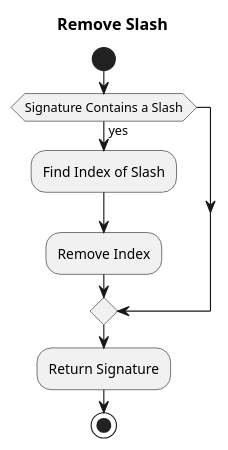
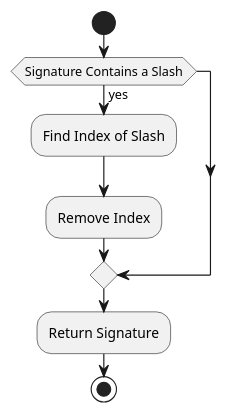
The diagram in src/main/javadoc/edu/gatech/gtri/obm/translator/alloy/doc-files/AlloyUtils_removeSlash.puml (ontological-behavior-modeling/tester), drawn with PlantUML before and after one commit. The commit also changed 14 other files, not shown here.

```diff
--- a/src/main/javadoc/edu/gatech/gtri/obm/translator/alloy/doc-files/AlloyUtils_removeSlash.puml
+++ b/src/main/javadoc/edu/gatech/gtri/obm/translator/alloy/doc-files/AlloyUtils_removeSlash.puml
@@ -1,10 +1,9 @@
 @startuml
-title Remove Slash
 start
 if (Signature Contains a Slash) then (yes)
   :Find Index of Slash;
   :Remove Index;
 endif
  :Return Signature;
 stop
 @enduml
```
